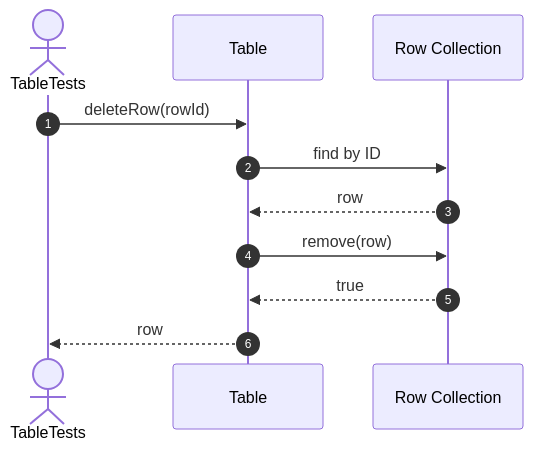
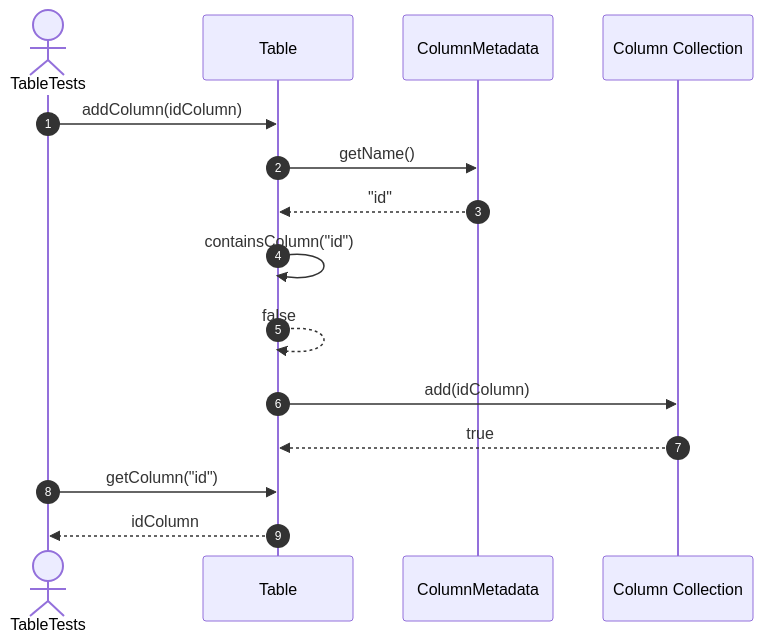
Diagram 13 of 53 in src/tests/unit/metadata/sequences/tables-testing.se.md (FhuAnn/-bbv-AN-s-DBMS), drawn with Mermaid before and after one commit. The commit also changed other lines of this file and 7 other files, not shown here.

Commit message:
table and row run test successfully

````diff
--- a/src/tests/unit/metadata/sequences/tables-testing.se.md
+++ b/src/tests/unit/metadata/sequences/tables-testing.se.md
@@ -232,14 +216,18 @@
 ```mermaid
 sequenceDiagram
     autonumber
     actor Test as TableTests
     participant Table as Table
-    participant Rows as Row Collection
+    participant Column as ColumnMetadata
+    participant Columns as Column Collection
 
-    Test->>Table: deleteRow(rowId)
-    Table->>Rows: find by ID
-    Rows-->>Table: row
-    Table->>Rows: remove(row)
-    Rows-->>Table: true
-    Table-->>Test: row
+    Test->>Table: addColumn(idColumn)
+    Table->>Column: getName()
+    Column-->>Table: "id"
+    Table->>Table: containsColumn("id")
+    Table-->>Table: false
+    Table->>Columns: add(idColumn)
+    Columns-->>Table: true
+    Test->>Table: getColumn("id")
+    Table-->>Test: idColumn
 ```
````
